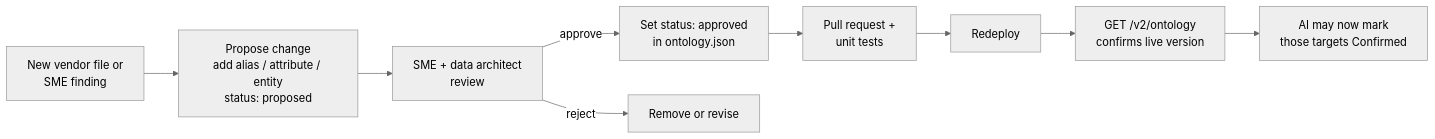
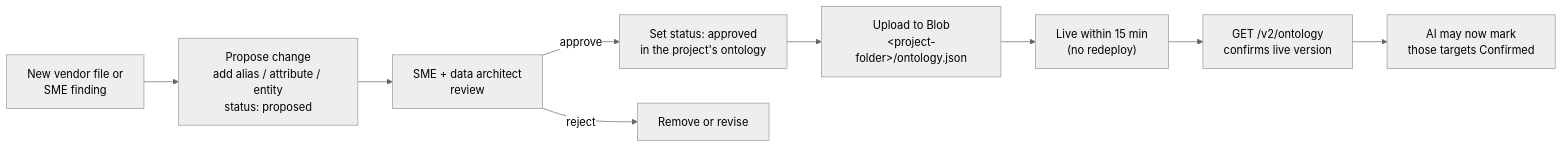
The ninth of 9 diagrams in ontology.md (oterademoacrisure/P_Backend_FastAPI_Azure), drawn with Mermaid (neutral theme) before and after one commit. The commit also changed other lines of this file, not shown here.

````diff
--- a/ontology.md
+++ b/ontology.md
@@ -446,11 +626,11 @@
 ```mermaid
 flowchart LR
     A["New vendor file or<br/>SME finding"] --> B["Propose change<br/>add alias / attribute / entity<br/>status: proposed"]
     B --> C["SME + data architect<br/>review"]
-    C -- approve --> D["Set status: approved<br/>in ontology.json"]
+    C -- approve --> D["Set status: approved<br/>in the project's ontology"]
     C -- reject --> X["Remove or revise"]
-    D --> E["Pull request +<br/>unit tests"]
-    E --> F["Redeploy"]
+    D --> E["Upload to Blob<br/>&lt;project-folder&gt;/ontology.json"]
+    E --> F["Live within 15 min<br/>(no redeploy)"]
     F --> G["GET /v2/ontology<br/>confirms live version"]
     G --> H["AI may now mark<br/>those targets Confirmed"]
 ```
````
